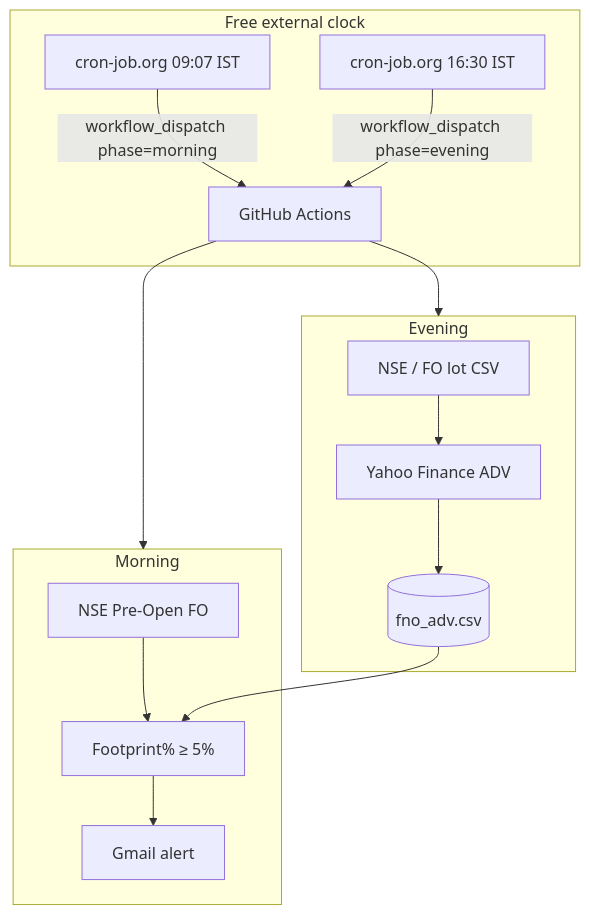
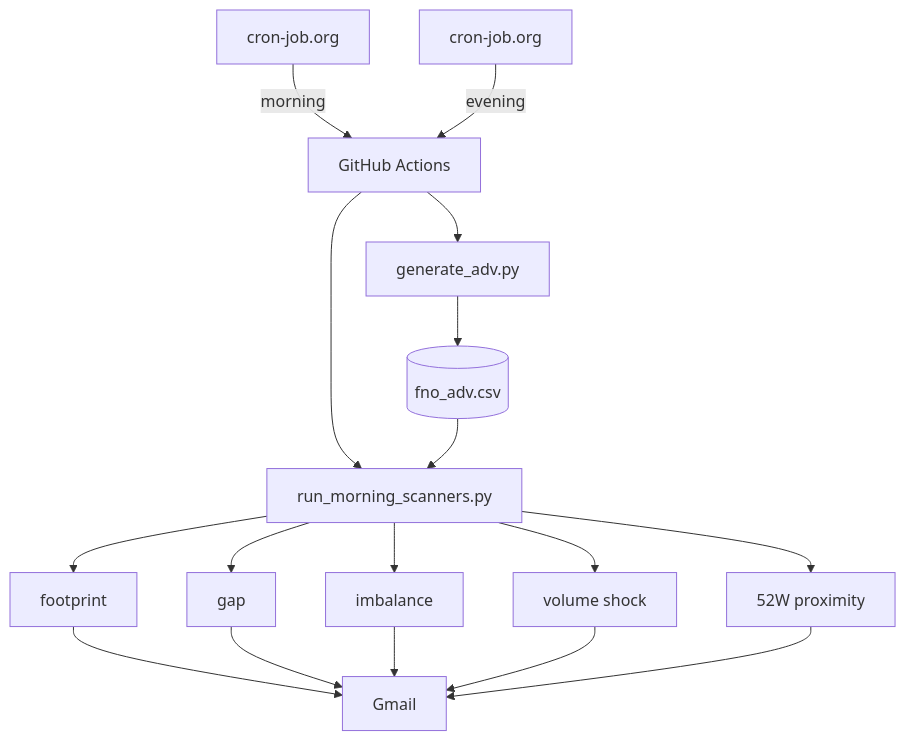
Before and after one commit to chaitanyajerripothula/trade_bot: the diagram in README.md, drawn with Mermaid. The commit also changed other lines of this file and 17 other files, not shown here.

First line of the commit message:
Add independent pre-open scanners as separate files

````diff
--- a/README.md
+++ b/README.md
@@ -71,21 +41,19 @@
 ```mermaid
 flowchart TB
-  subgraph clock ["Free external clock"]
-    C1[cron-job.org 09:07 IST] -->|workflow_dispatch phase=morning| GH[GitHub Actions]
-    C2[cron-job.org 16:30 IST] -->|workflow_dispatch phase=evening| GH
-  end
-
-  subgraph evening ["Evening"]
-    A[NSE / FO lot CSV] --> B[Yahoo Finance ADV]
-    B --> E[(fno_adv.csv)]
-  end
-
-  subgraph morning ["Morning"]
-    G[NSE Pre-Open FO] --> J["Footprint% ≥ 5%"]
-    E --> J
-    J --> L[Gmail alert]
-  end
-
-  GH --> evening
-  GH --> morning
+  C1[cron-job.org] -->|morning| GH[GitHub Actions]
+  C2[cron-job.org] -->|evening| GH
+  GH --> ADV[generate_adv.py]
+  ADV --> CSV[(fno_adv.csv)]
+  GH --> RUN[run_morning_scanners.py]
+  CSV --> RUN
+  RUN --> S1[footprint]
+  RUN --> S2[gap]
+  RUN --> S3[imbalance]
+  RUN --> S4[volume shock]
+  RUN --> S5[52W proximity]
+  S1 --> MAIL[Gmail]
+  S2 --> MAIL
+  S3 --> MAIL
+  S4 --> MAIL
+  S5 --> MAIL
 ```
````
